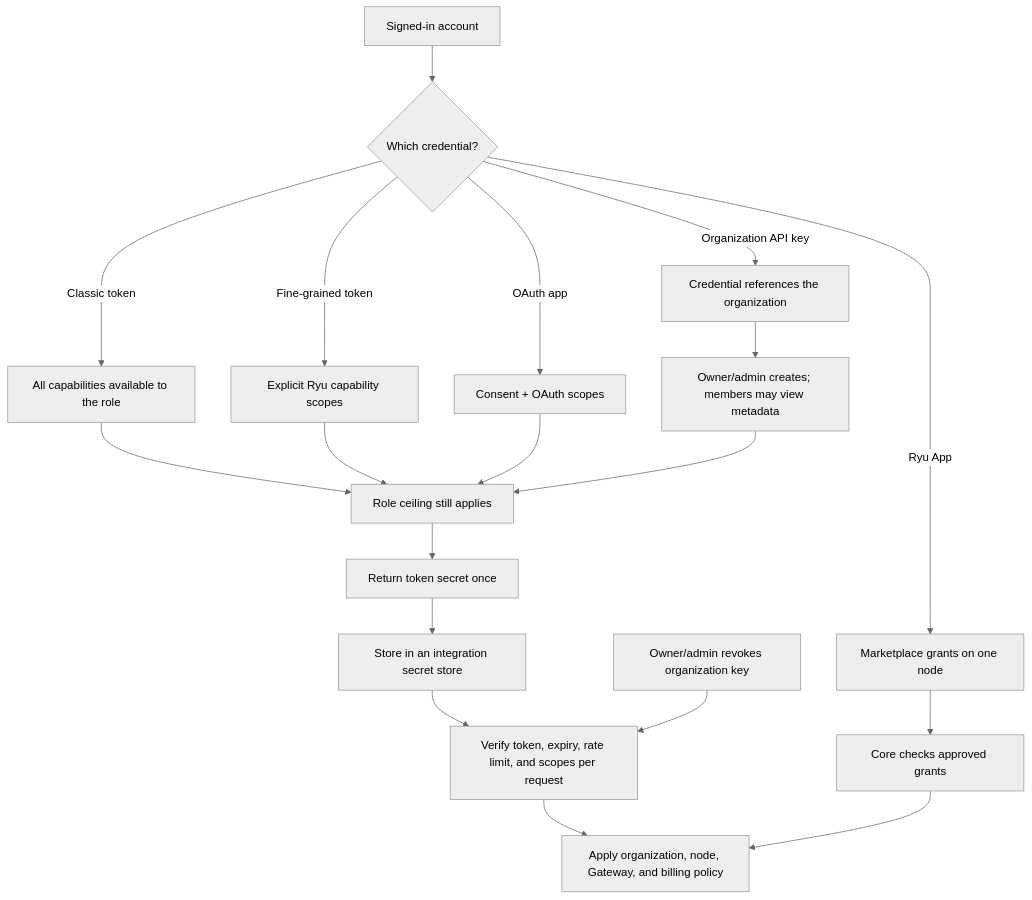
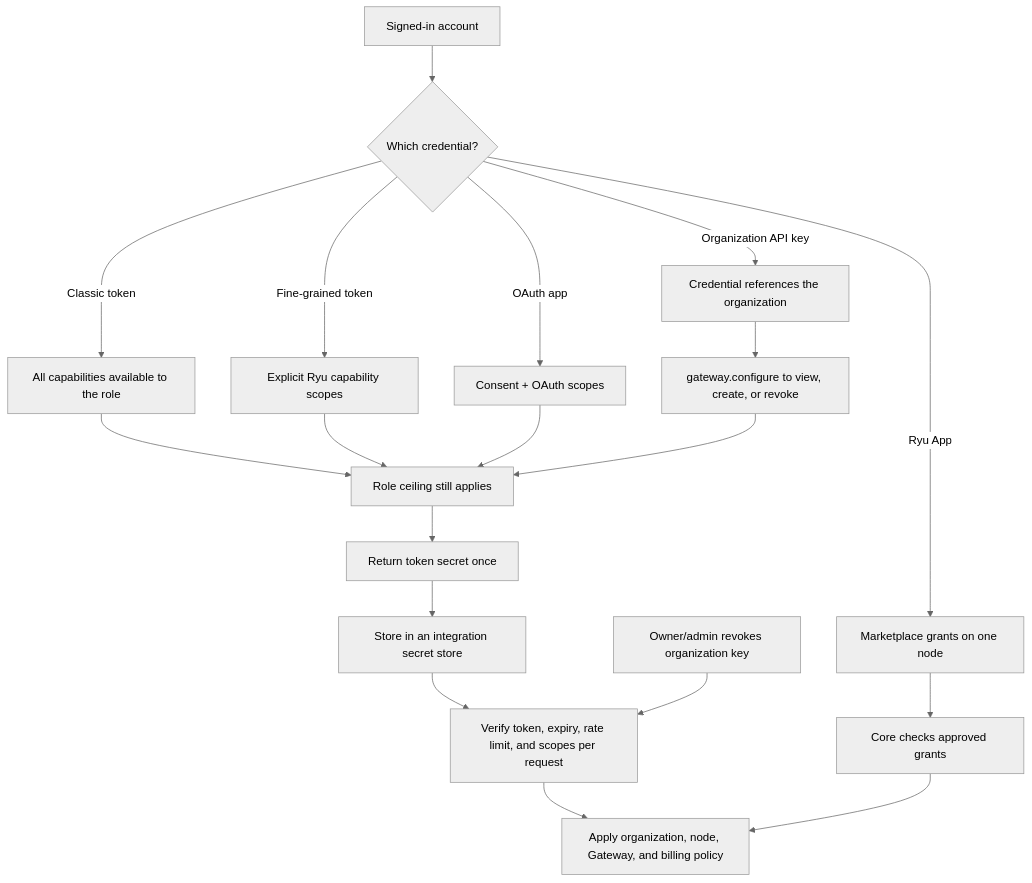
Before and after one commit to amajorai/ryu-docs: the first of 2 diagrams in content/docs/security/authentication-tokens.mdx, drawn with Mermaid (neutral theme). The commit also changed other lines of this file and 2538 other files, not shown here.

````diff
--- a/content/docs/security/authentication-tokens.mdx
+++ b/content/docs/security/authentication-tokens.mdx
@@ -61,21 +86,21 @@
 ```mermaid
 flowchart TD
   Caller["Signed-in account"] --> Choose{"Which credential?"}
   Choose -->|"Classic token"| Classic["All capabilities available to the role"]
   Choose -->|"Fine-grained token"| Fine["Explicit Ryu capability scopes"]
   Choose -->|"Organization API key"| Org["Credential references the organization"]
   Choose -->|"OAuth app"| OAuth["Consent + OAuth scopes"]
   Choose -->|"Ryu App"| RyuApp["Marketplace grants on one node"]
   Classic --> Narrow["Role ceiling still applies"]
   Fine --> Narrow
   OAuth --> Narrow
-  Org --> Admin["Owner/admin creates; members may view metadata"]
+  Org --> Admin["gateway.configure to view, create, or revoke"]
   Admin --> Narrow
   RyuApp --> AppPolicy["Core checks approved grants"]
   Narrow --> Once["Return token secret once"]
   Once --> Store["Store in an integration secret store"]
   Store --> Verify["Verify token, expiry, rate limit, and scopes per request"]
   Verify --> Policy["Apply organization, node, Gateway, and billing policy"]
   Revoke["Owner/admin revokes organization key"] --> Verify
   AppPolicy --> Policy
 ```
````
